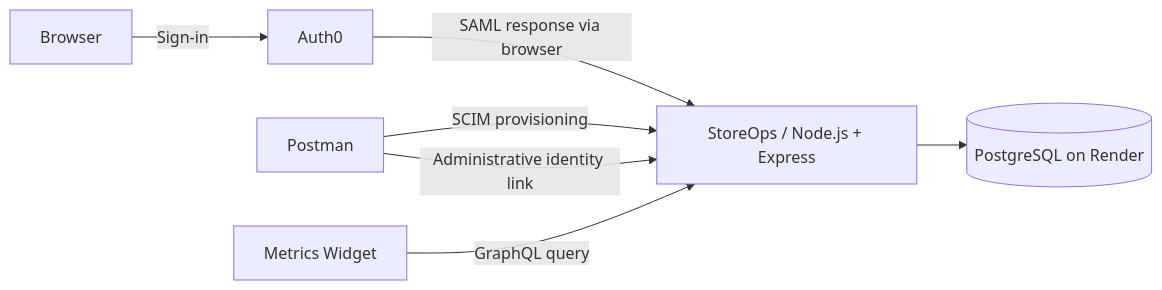
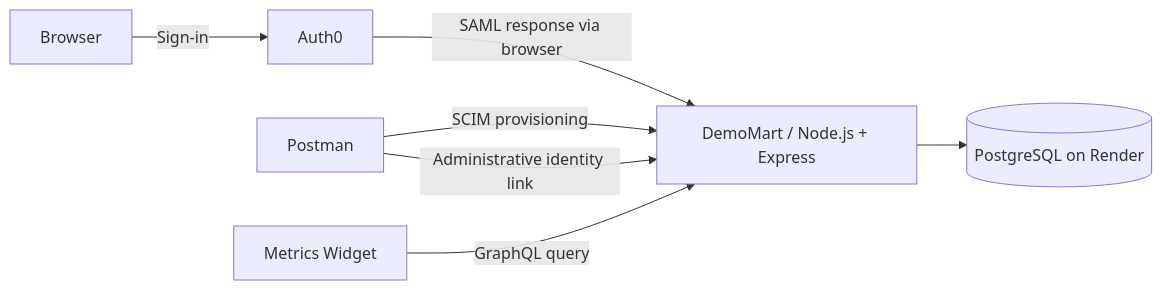
One commit to heitorrgarcia07/storeops-identity-lab changed the diagram in README.md. Above: the diagram before and after it, drawn with Mermaid. The commit also changed other lines of this file and 18 other files, not shown here.

Commit message:
Brand portal and documentation as DemoMart

````diff
--- a/README.md
+++ b/README.md
@@ -27,9 +29,9 @@
 ```mermaid
 flowchart LR
     B[Browser] -->|Sign-in| A[Auth0]
-    A -->|SAML response via browser| S[StoreOps / Node.js + Express]
+    A -->|SAML response via browser| S[DemoMart / Node.js + Express]
     P[Postman] -->|SCIM provisioning| S
     P -->|Administrative identity link| S
     W[Metrics Widget] -->|GraphQL query| S
     S --> D[(PostgreSQL on Render)]
 ```
````
